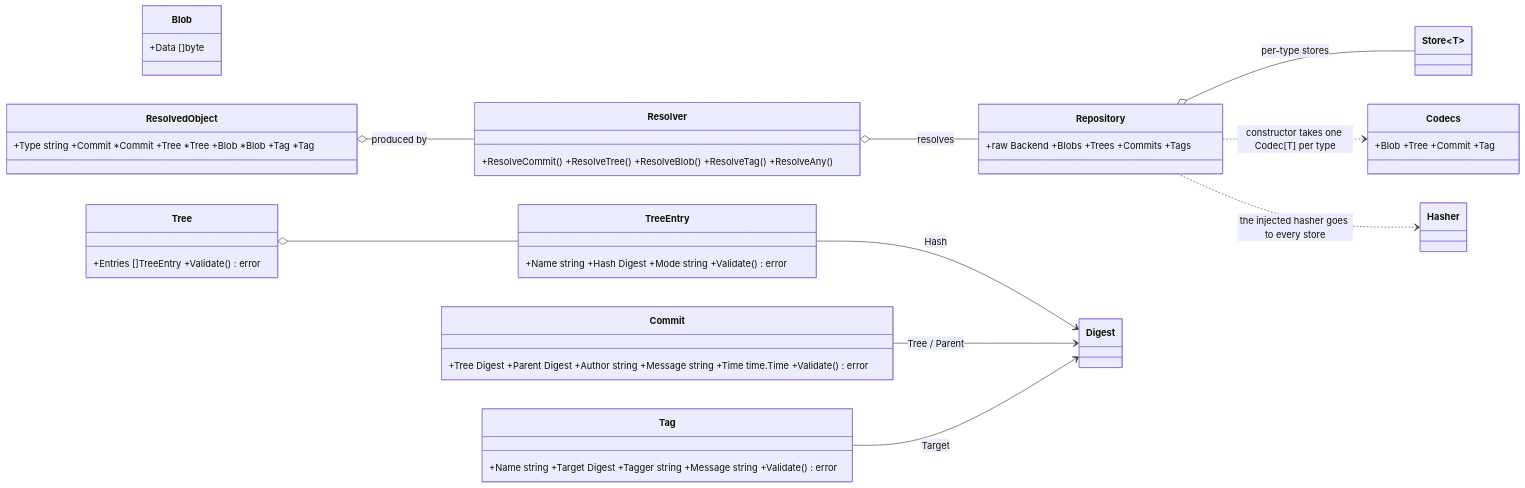
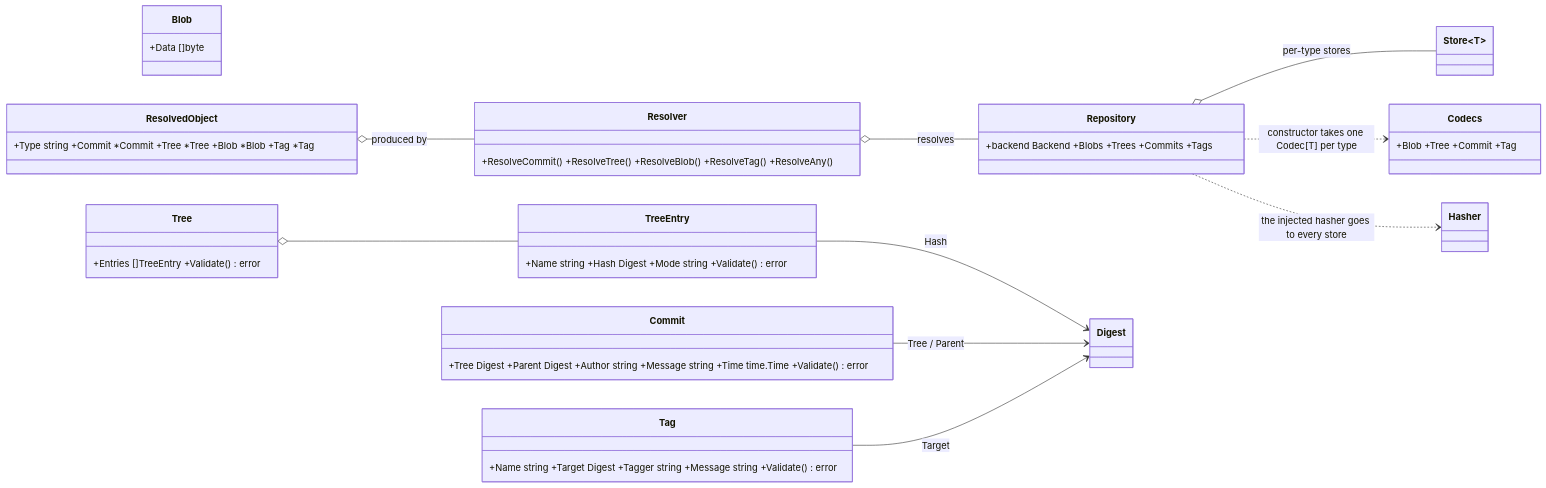
The sixth of 6 diagrams in docs/specs/cas-core.md (dmundt/go-cask), drawn with Mermaid before and after one commit. The commit also changed other lines of this file and 81 other files, not shown here.

````diff
--- a/docs/specs/cas-core.md
+++ b/docs/specs/cas-core.md
@@ -231,22 +231,22 @@
 ```mermaid
 classDiagram
     direction LR
     class Blob { +Data []byte }
     class Tree { +Entries []TreeEntry +Validate() error }
     class TreeEntry { +Name string +Hash Digest +Mode string +Validate() error }
     class Commit { +Tree Digest +Parent Digest +Author string +Message string +Time time.Time +Validate() error }
     class Tag { +Name string +Target Digest +Tagger string +Message string +Validate() error }
-    class Repository { +raw Backend +Blobs +Trees +Commits +Tags }
+    class Repository { +backend Backend +Blobs +Trees +Commits +Tags }
     class Codecs { +Blob +Tree +Commit +Tag }
     class Resolver { +ResolveCommit() +ResolveTree() +ResolveBlob() +ResolveTag() +ResolveAny() }
     class ResolvedObject { +Type string +Commit *Commit +Tree *Tree +Blob *Blob +Tag *Tag }
     Tree o-- TreeEntry
     TreeEntry --> Digest : Hash
     Commit --> Digest : Tree / Parent
     Tag --> Digest : Target
     Repository o-- Store~T~ : per-type stores
     Repository ..> Codecs : constructor takes one Codec[T] per type
     Repository ..> Hasher : the injected hasher goes to every store
     Resolver o-- Repository : resolves
     ResolvedObject o-- Resolver : produced by
 ```
````
